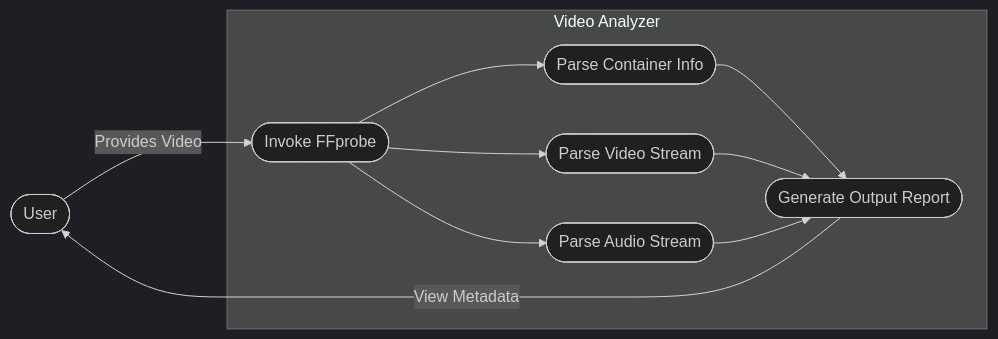
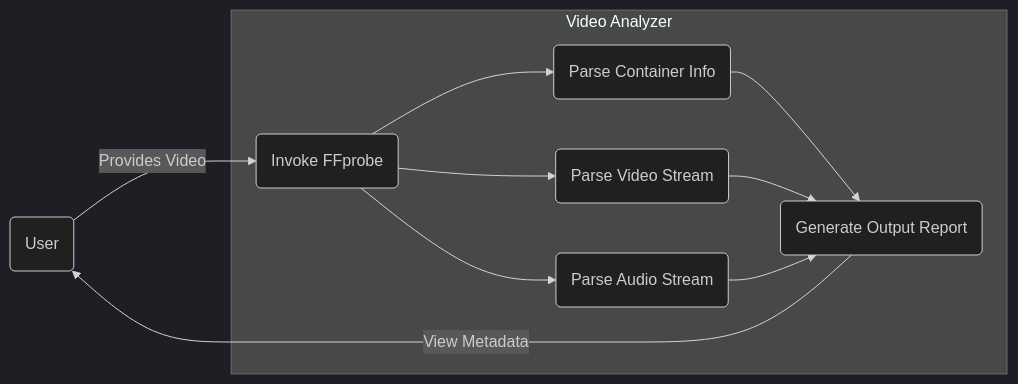
Before and after one commit to animishraa05/Video-Analyser: the diagram in README.md, drawn with Mermaid (dark theme).

Commit message:
fix: simplify mermaid syntax for github compatibility

````diff
--- a/README.md
+++ b/README.md
@@ -15,20 +15,20 @@
 ```mermaid
-flowchart LR
-    User([User])
+graph LR
+    User(User)
     subgraph VA [Video Analyzer]
-        UC1([Invoke FFprobe])
-        UC2([Parse Container Info])
-        UC3([Parse Video Stream])
-        UC4([Parse Audio Stream])
-        UC5([Generate Output Report])
+        UC1(Invoke FFprobe)
+        UC2(Parse Container Info)
+        UC3(Parse Video Stream)
+        UC4(Parse Audio Stream)
+        UC5(Generate Output Report)
     end
     
     User -->|Provides Video| UC1
     UC1 --> UC2
     UC1 --> UC3
     UC1 --> UC4
     UC2 --> UC5
     UC3 --> UC5
     UC4 --> UC5
     UC5 -->|View Metadata| User
 ```
````
